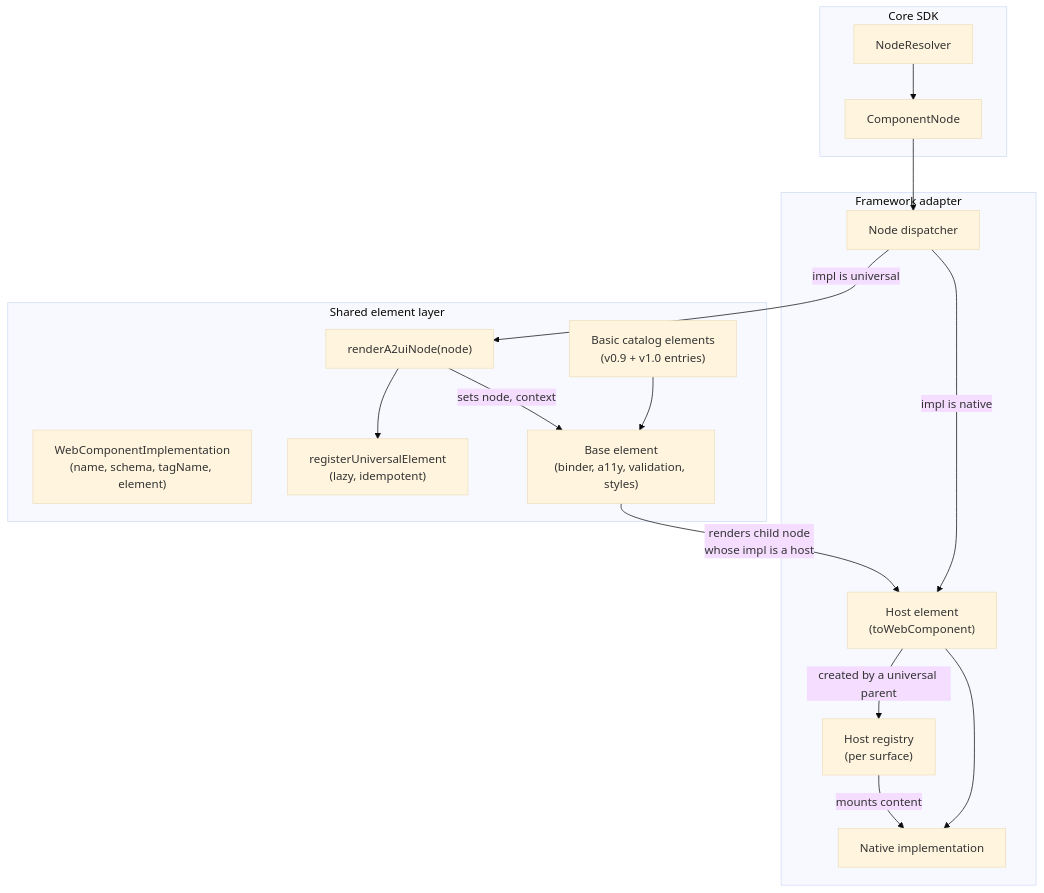
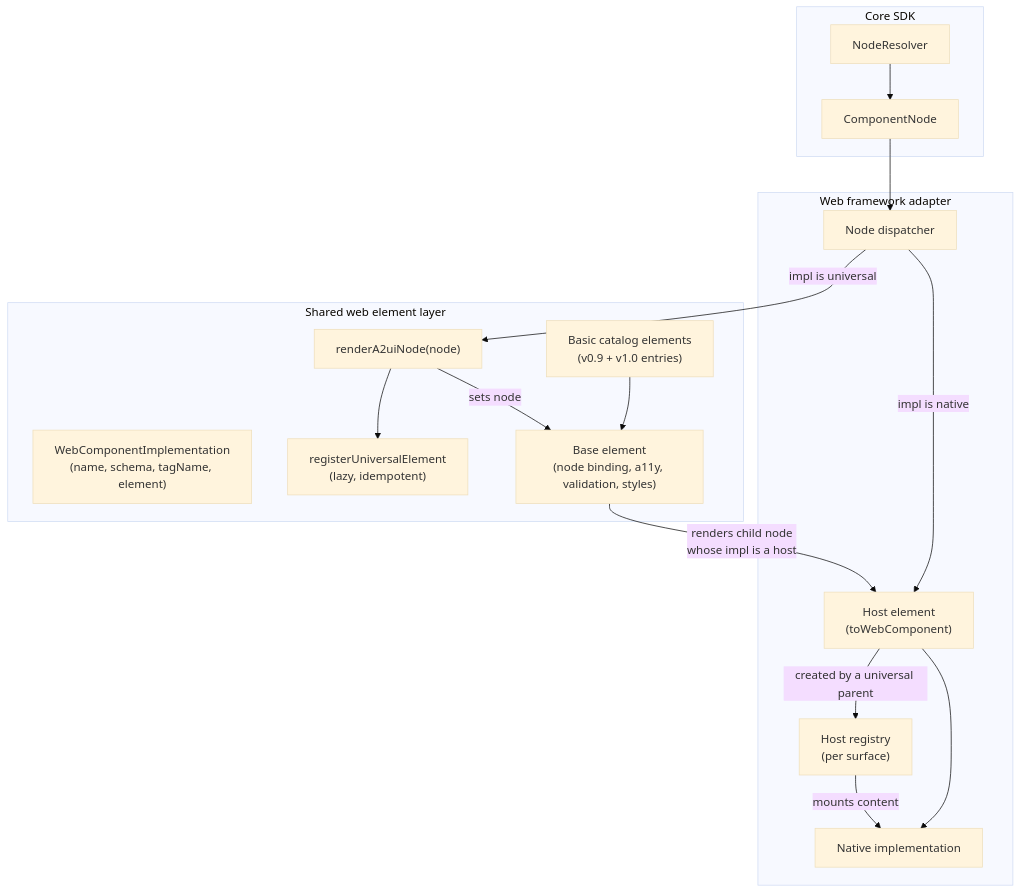
Before and after one commit to a2ui-project/a2ui: the diagram in blueprints/features/universal_custom_elements.blueprint.md, drawn with Mermaid (base theme). The commit also changed other lines of this file and 2 other files, not shown here.

````diff
--- a/blueprints/features/universal_custom_elements.blueprint.md
+++ b/blueprints/features/universal_custom_elements.blueprint.md
@@ -79,32 +78,32 @@
 ```mermaid
 flowchart TD
     subgraph Core["Core SDK"]
         NR["NodeResolver"] --> CN["ComponentNode"]
     end
 
-    subgraph Shared["Shared element layer"]
+    subgraph Shared["Shared web element layer"]
         WCI["WebComponentImplementation<br/>(name, schema, tagName, element)"]
         REG["registerUniversalElement<br/>(lazy, idempotent)"]
         RN["renderA2uiNode(node)"]
-        BASE["Base element<br/>(binder, a11y, validation, styles)"]
+        BASE["Base element<br/>(node binding, a11y, validation, styles)"]
         BASIC["Basic catalog elements<br/>(v0.9 + v1.0 entries)"]
         BASIC --> BASE
     end
 
-    subgraph Adapter["Framework adapter"]
+    subgraph Adapter["Web framework adapter"]
         DISP["Node dispatcher"]
         HOST["Host element<br/>(toWebComponent)"]
         HREG["Host registry<br/>(per surface)"]
         NATIVE["Native implementation"]
     end
 
     CN --> DISP
     DISP -->|"impl is universal"| RN
     RN --> REG
-    RN -->|"sets node, context"| BASE
+    RN -->|"sets node"| BASE
     DISP -->|"impl is native"| HOST
     HOST --> NATIVE
     BASE -->|"renders child node<br/>whose impl is a host"| HOST
     HOST -->|"created by a universal parent"| HREG
     HREG -->|"mounts content"| NATIVE
 ```
````
